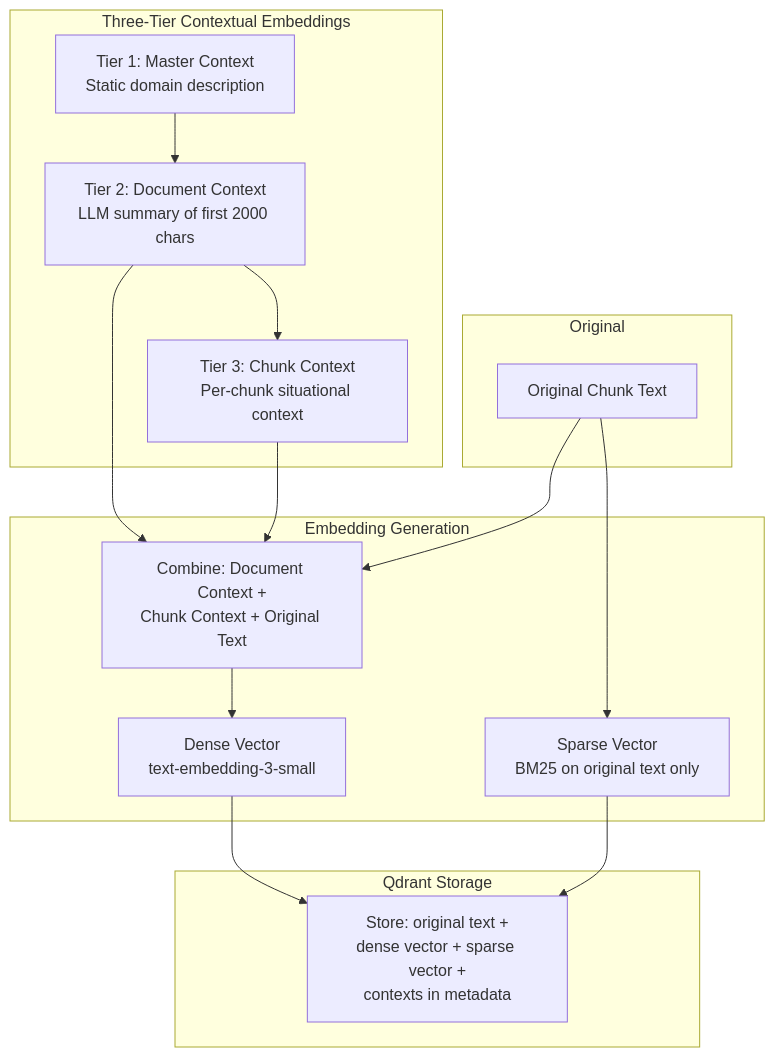
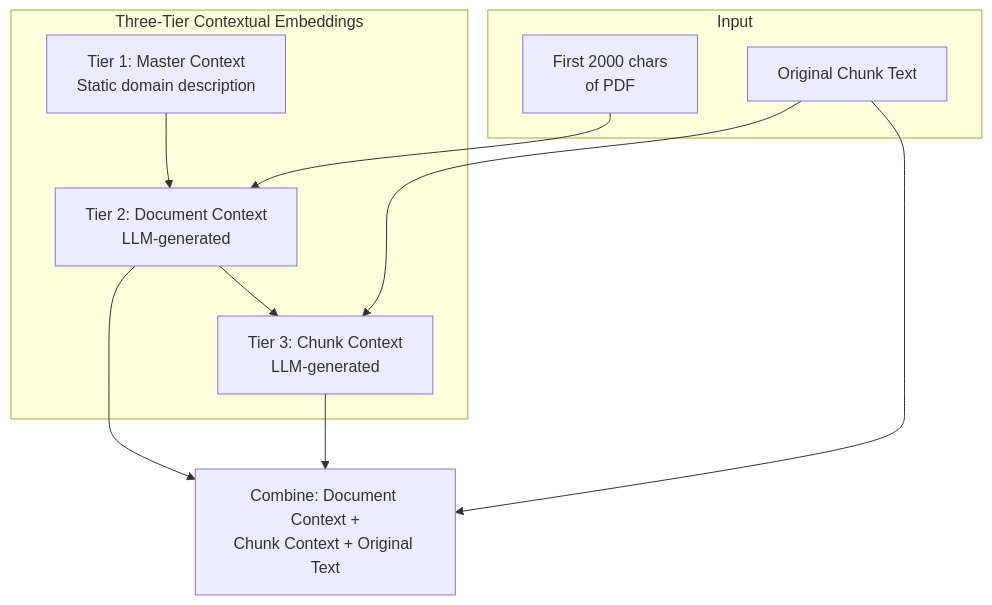
Before and after one commit to techybolek/child: the diagram in SPECS/diagrams/contextual-embeddings.md, drawn with Mermaid. The commit also changed other lines of this file and 4 other files, not shown here.

Commit message:
chore: add pipeline diagrams and update CLAUDE.md

````diff
--- a/SPECS/diagrams/contextual-embeddings.md
+++ b/SPECS/diagrams/contextual-embeddings.md
@@ -3,33 +3,21 @@
 ```mermaid
 flowchart TB
     subgraph Context["Three-Tier Contextual Embeddings"]
         MASTER[Tier 1: Master Context<br/>Static domain description]
-        DOC[Tier 2: Document Context<br/>LLM summary of first 2000 chars]
-        CHUNK_CTX[Tier 3: Chunk Context<br/>Per-chunk situational context]
+        DOC[Tier 2: Document Context<br/>LLM-generated]
+        CHUNK_CTX[Tier 3: Chunk Context<br/>LLM-generated]
     end
 
-    subgraph Original
+    subgraph Input
+        FIRST2K[First 2000 chars<br/>of PDF]
         TEXT[Original Chunk Text]
     end
 
-    subgraph Embedding["Embedding Generation"]
-        COMBINE[Combine: Document Context +<br/>Chunk Context + Original Text]
-        DENSE[Dense Vector<br/>text-embedding-3-small]
-        SPARSE[Sparse Vector<br/>BM25 on original text only]
-    end
-
     MASTER --> DOC
+    FIRST2K --> DOC
     DOC --> CHUNK_CTX
-    DOC --> COMBINE
+    TEXT --> CHUNK_CTX
+    DOC --> COMBINE[Combine: Document Context +<br/>Chunk Context + Original Text]
     CHUNK_CTX --> COMBINE
     TEXT --> COMBINE
-    COMBINE --> DENSE
-    TEXT --> SPARSE
-
-    subgraph Qdrant["Qdrant Storage"]
-        STORE[Store: original text +<br/>dense vector + sparse vector +<br/>contexts in metadata]
-    end
-
-    DENSE --> STORE
-    SPARSE --> STORE
 ```
````
